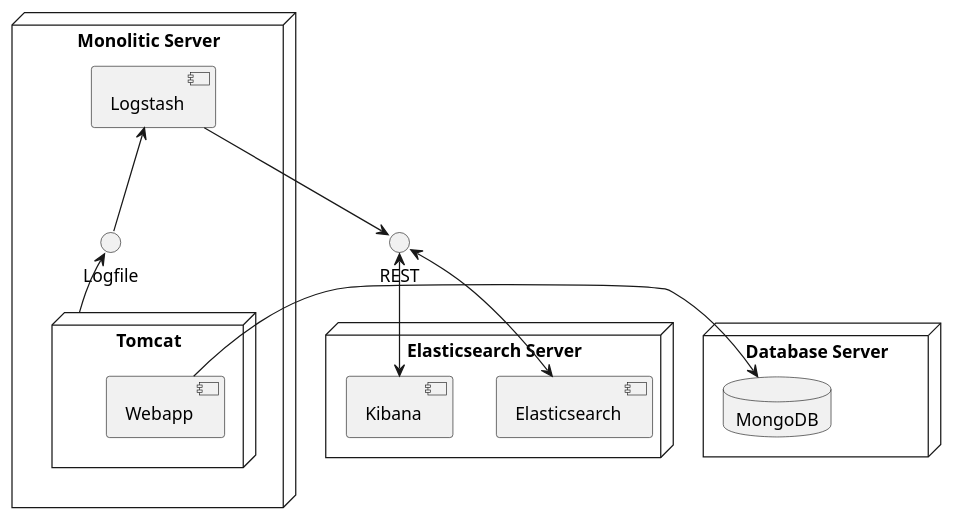
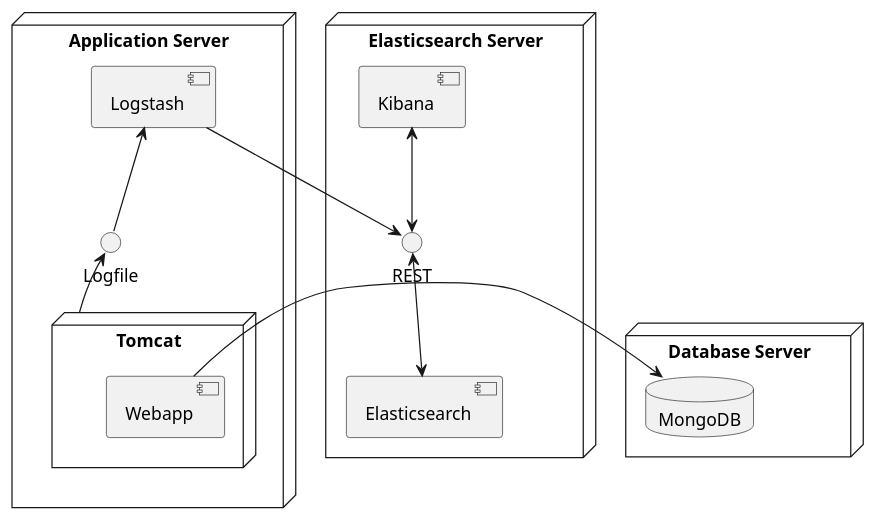
One commit to zutherb/AppStash changed the diagram in external/src/puml/deployment-diagram.puml. Above: the diagram before and after it, drawn with PlantUML. The commit also changed 6 other files, not shown here.

```diff
--- a/external/src/puml/deployment-diagram.puml
+++ b/external/src/puml/deployment-diagram.puml
@@ -1,37 +1,37 @@
 @startuml
 scale 1
 
-() REST
+
 
 node "Elasticsearch Server" {
   REST <--> [Elasticsearch]
   [Kibana] <--> REST
 } 
 
 node "Database Server" {
  database MongoDB 
 }
 
-node "Monolitic Server" {
+node "Application Server" {
   Logfile <-- [Tomcat]
   [Logstash] <-- Logfile
   [Logstash] --> REST
   node "Tomcat" {
     [Webapp] -> MongoDB
   }
 }
 
 /'
 node "Microservice"{
     [AngularJS Frontend] <--> REST
     [User-Service] <--> REST
     [User-Service] <--> MongoDB
     [User-Service] --> UserServiceLogfile
     [Product-Service] <--> REST
     [Product-Service] <--> MongoDB
     [Authentication-Service] <--> REST
     [Authentication-Service] <--> MongoDB
     [Logstash 1] <-- UserServiceLogfile
 }
 '/
 @enduml
```
